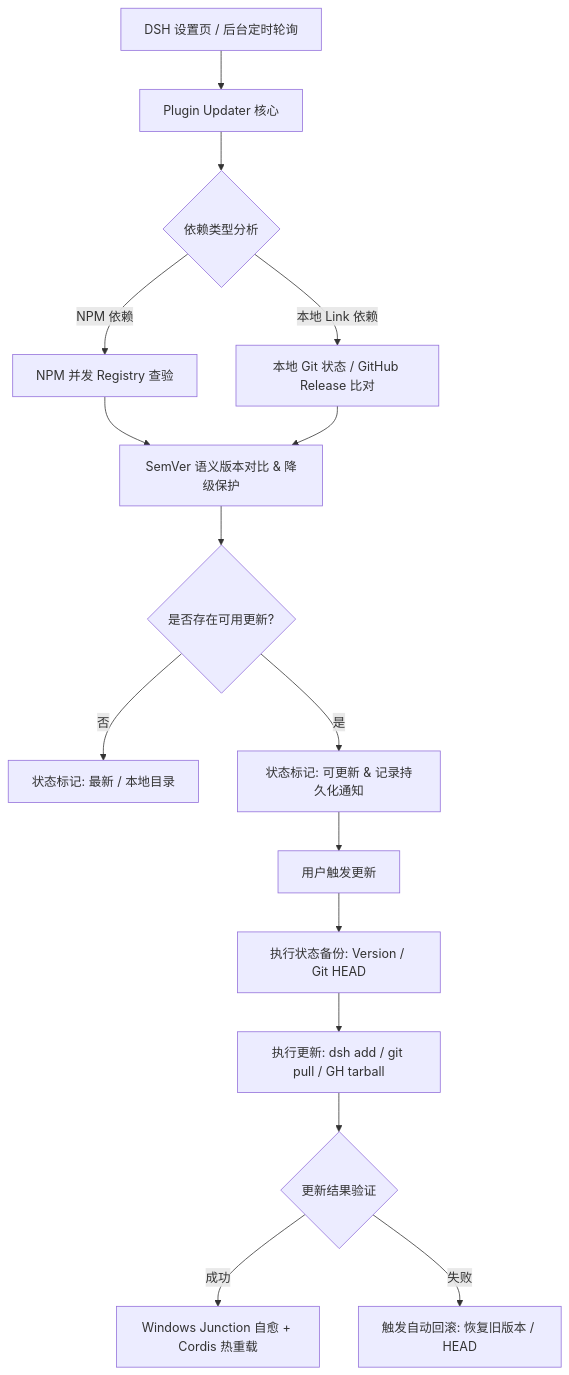
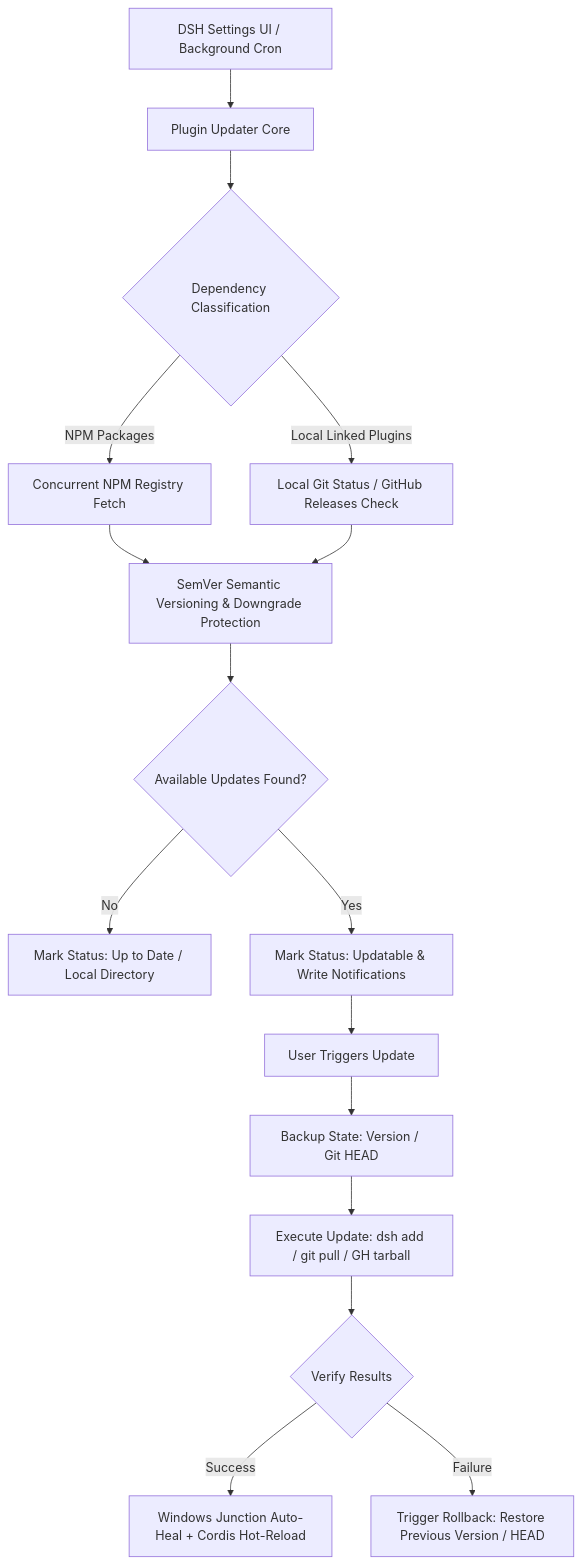
The diagram in README.md (StarBits233/dsh-plugin-updater), drawn with Mermaid before and after one commit. The commit also changed other lines of this file and 3 other files, not shown here.

````diff
--- a/README.md
+++ b/README.md
@@ -118,22 +121,22 @@
 ```mermaid
 flowchart TD
-    A[DSH 设置页 / 后台定时轮询] --> B[Plugin Updater 核心]
+    A[DSH Settings UI / Background Cron] --> B[Plugin Updater Core]
     
-    B --> C{依赖类型分析}
-    C -- NPM 依赖 --> D[NPM 并发 Registry 查验]
-    C -- 本地 Link 依赖 --> E[本地 Git 状态 / GitHub Release 比对]
+    B --> C{Dependency Classification}
+    C -- NPM Packages --> D[Concurrent NPM Registry Fetch]
+    C -- Local Linked Plugins --> E[Local Git Status / GitHub Releases Check]
     
-    D --> F[SemVer 语义版本对比 & 降级保护]
+    D --> F[SemVer Semantic Versioning & Downgrade Protection]
     E --> F
     
-    F --> G{是否存在可用更新?}
-    G -- 否 --> H[状态标记: 最新 / 本地目录]
-    G -- 是 --> I[状态标记: 可更新 & 记录持久化通知]
+    F --> G{Available Updates Found?}
+    G -- No --> H[Mark Status: Up to Date / Local Directory]
+    G -- Yes --> I[Mark Status: Updatable & Write Notifications]
     
-    I --> J[用户触发更新]
-    J --> K[执行状态备份: Version / Git HEAD]
-    K --> L[执行更新: dsh add / git pull / GH tarball]
-    L --> M{更新结果验证}
-    M -- 成功 --> N[Windows Junction 自愈 + Cordis 热重载]
-    M -- 失败 --> O[触发自动回滚: 恢复旧版本 / HEAD]
+    I --> J[User Triggers Update]
+    J --> K[Backup State: Version / Git HEAD]
+    K --> L[Execute Update: dsh add / git pull / GH tarball]
+    L --> M{Verify Results}
+    M -- Success --> N[Windows Junction Auto-Heal + Cordis Hot-Reload]
+    M -- Failure --> O[Trigger Rollback: Restore Previous Version / HEAD]
 ```
````
